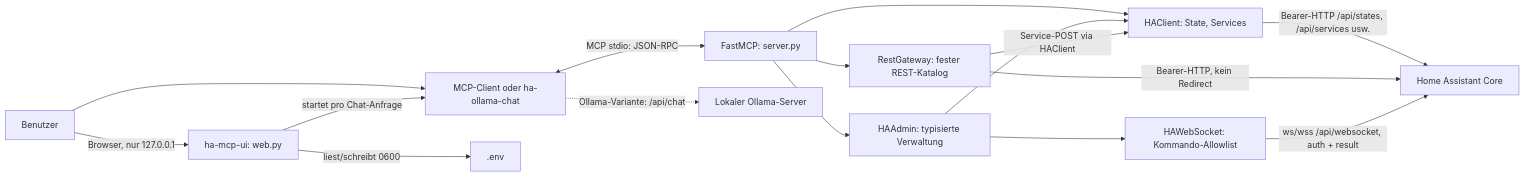
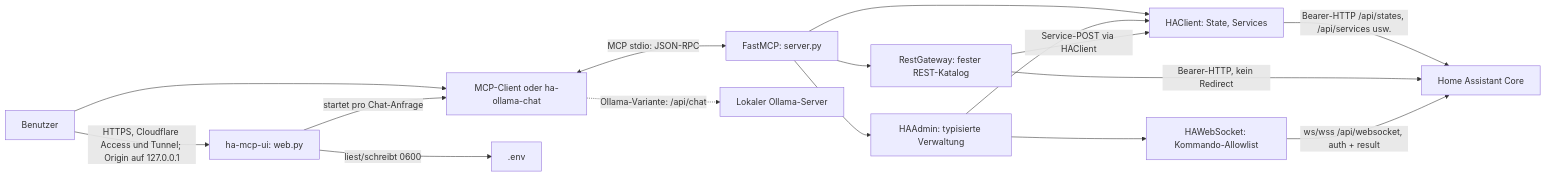
Before and after one commit to GehrmannSolutions/HomeAssistant: the diagram in docs/TECHNISCHE_DOKUMENTATION.md, drawn with Mermaid. The commit also changed other lines of this file and 6 other files, not shown here.

First line of the commit message:
Protect HA MCP web origin with Cloudflare Access JWT verification

````diff
--- a/docs/TECHNISCHE_DOKUMENTATION.md
+++ b/docs/TECHNISCHE_DOKUMENTATION.md
@@ -11,18 +11,18 @@
 ```mermaid
 flowchart LR
     U[Benutzer] --> C[MCP-Client oder ha-ollama-chat]
-    U -->|Browser, nur 127.0.0.1| W[ha-mcp-ui: web.py]
+    U -->|HTTPS, Cloudflare Access und Tunnel; Origin auf 127.0.0.1| W[ha-mcp-ui: web.py]
     W -->|liest/schreibt 0600| E[.env]
     W -->|startet pro Chat-Anfrage| C
     C <-->|MCP stdio: JSON-RPC| S[FastMCP: server.py]
     C -. Ollama-Variante: /api/chat .-> O[Lokaler Ollama-Server]
     S --> HC[HAClient: State, Services]
     S --> RG[RestGateway: fester REST-Katalog]
     S --> AD[HAAdmin: typisierte Verwaltung]
     AD --> WS[HAWebSocket: Kommando-Allowlist]
     AD --> HC
     HC -->|Bearer-HTTP /api/states, /api/services usw.| HA[Home Assistant Core]
     RG -->|Bearer-HTTP, kein Redirect| HA
     RG -->|Service-POST via HAClient| HC
     WS -->|ws/wss /api/websocket, auth + result| HA
 ```
````
